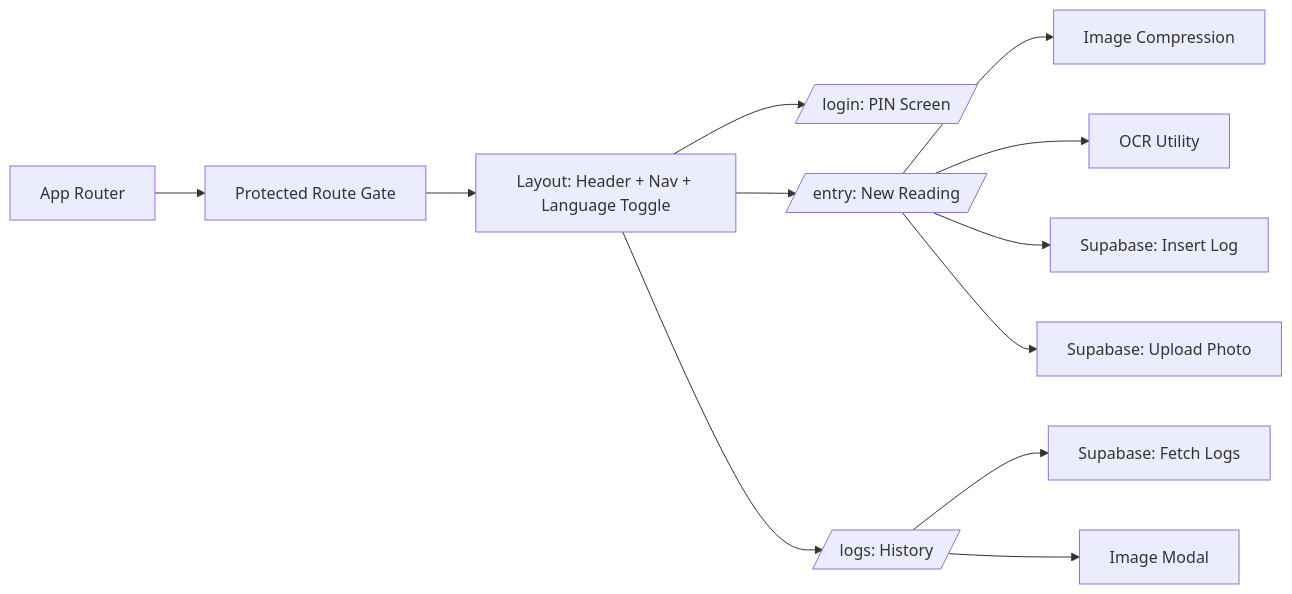
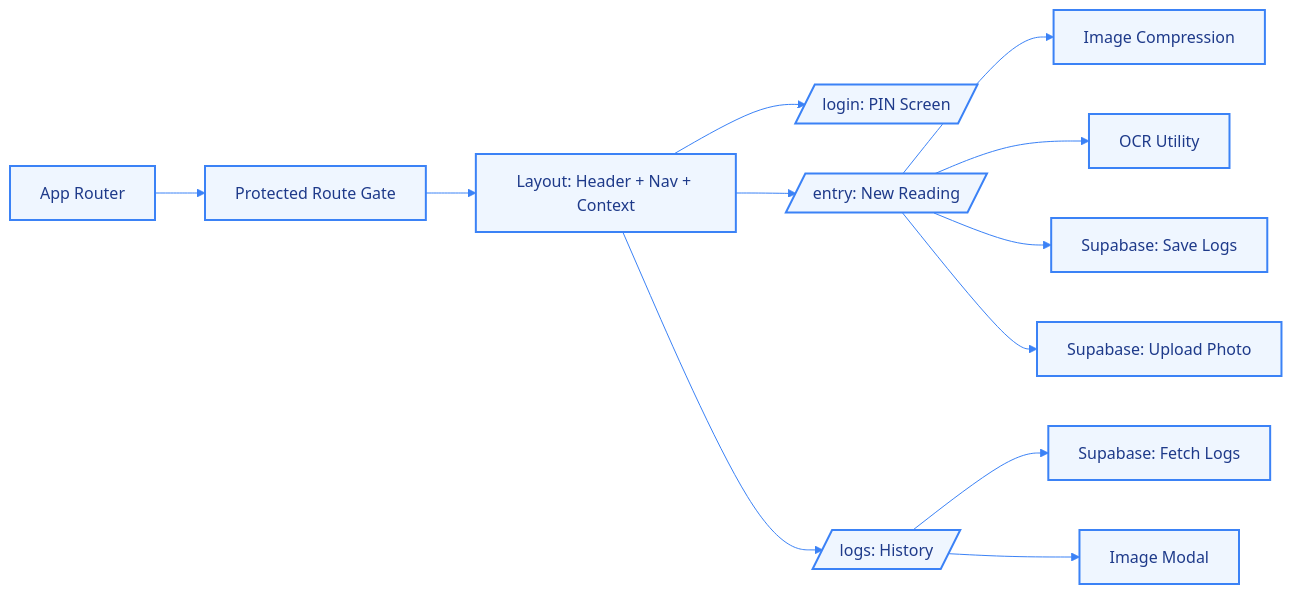
The third of 6 diagrams in ARCHITECTURE.md (sanketmuchhala/BloodPressure_tracker), drawn with Mermaid before and after one commit. The commit also changed other lines of this file and 1 other file, not shown here.

First line of the commit message:
Revise architecture docs and diagrams

````diff
--- a/ARCHITECTURE.md
+++ b/ARCHITECTURE.md
@@ -59,17 +63,20 @@
 ```mermaid
+%%{init: {'theme': 'base', 'themeVariables': { 'primaryColor': '#eff6ff', 'primaryTextColor': '#1e3a8a', 'primaryBorderColor': '#3b82f6', 'lineColor': '#3b82f6', 'secondaryColor': '#eff6ff', 'tertiaryColor': '#eff6ff'}}}%%
 flowchart LR
+  classDef default fill:#eff6ff,stroke:#3b82f6,stroke-width:2px,color:#1e3a8a;
+
   App[App Router] --> PR[Protected Route Gate]
-  PR --> L[Layout: Header + Nav + Language Toggle]
-
+  PR --> L[Layout: Header + Nav + Context]
+  
   L --> P1[/login: PIN Screen/]
   L --> P2[/entry: New Reading/]
   L --> P3[/logs: History/]
 
   P2 --> IC[Image Compression]
   P2 --> OCR[OCR Utility]
-  P2 --> SB1[Supabase: Insert Log]
+  P2 --> SB1[Supabase: Save Logs]
   P2 --> SB2[Supabase: Upload Photo]
 
   P3 --> SB3[Supabase: Fetch Logs]
   P3 --> IM[Image Modal]
 ```
````
